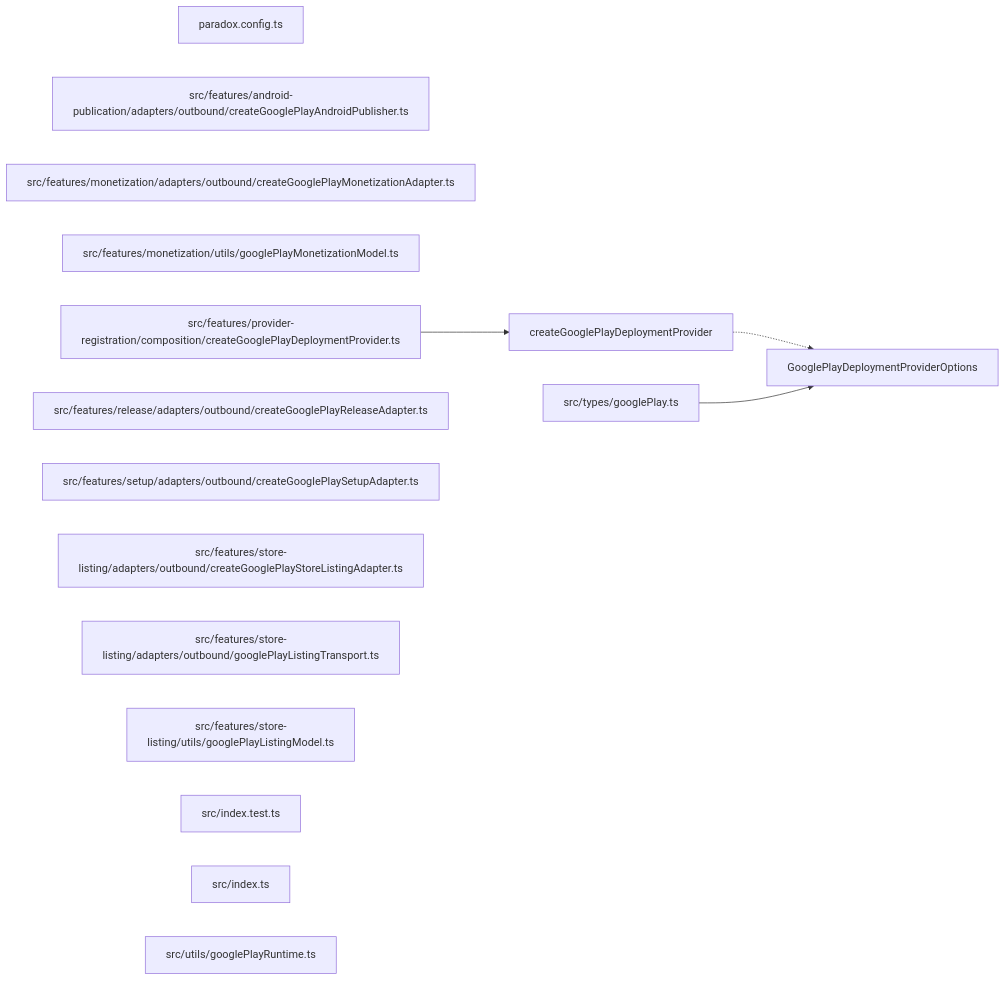
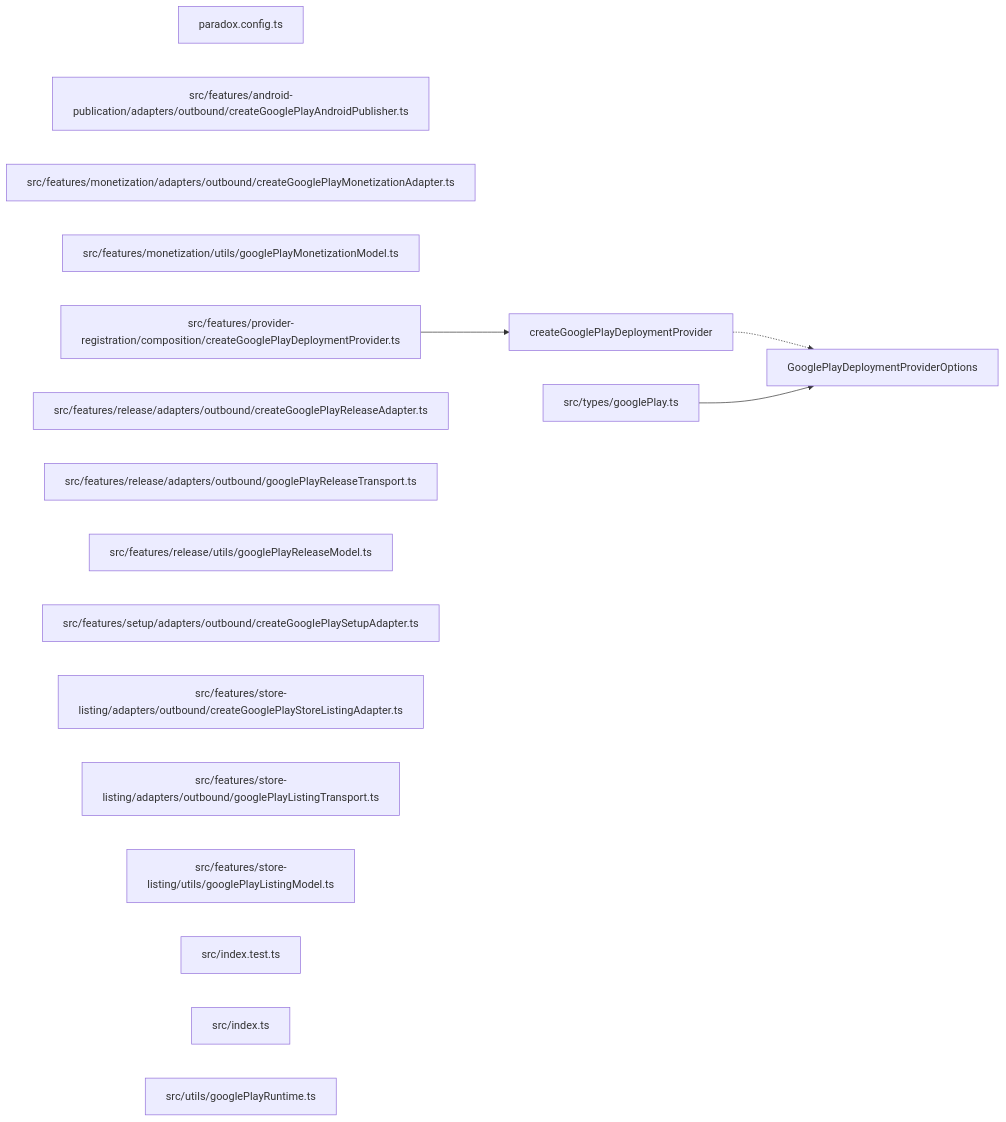
The diagram in paradox/diagrams/export-graph.mmd (ankhorage/deploy-provider-google-play), drawn with Mermaid before and after one commit. The commit also changed 6 other files, not shown here.

Commit message:
chore: prepare Google Play provider [prepared]

```diff
--- a/paradox/diagrams/export-graph.mmd
+++ b/paradox/diagrams/export-graph.mmd
@@ -1,20 +1,22 @@
 graph LR
   module_paradox_config_ts["paradox.config.ts"]
   module_src_features_android_publication_adapters_outbound_createGooglePlayAndroidPublisher_ts["src/features/android-publication/adapters/outbound/createGooglePlayAndroidPublisher.ts"]
   module_src_features_monetization_adapters_outbound_createGooglePlayMonetizationAdapter_ts["src/features/monetization/adapters/outbound/createGooglePlayMonetizationAdapter.ts"]
   module_src_features_monetization_utils_googlePlayMonetizationModel_ts["src/features/monetization/utils/googlePlayMonetizationModel.ts"]
   module_src_features_provider_registration_composition_createGooglePlayDeploymentProvider_ts["src/features/provider-registration/composition/createGooglePlayDeploymentProvider.ts"]
   module_src_features_release_adapters_outbound_createGooglePlayReleaseAdapter_ts["src/features/release/adapters/outbound/createGooglePlayReleaseAdapter.ts"]
+  module_src_features_release_adapters_outbound_googlePlayReleaseTransport_ts["src/features/release/adapters/outbound/googlePlayReleaseTransport.ts"]
+  module_src_features_release_utils_googlePlayReleaseModel_ts["src/features/release/utils/googlePlayReleaseModel.ts"]
   module_src_features_setup_adapters_outbound_createGooglePlaySetupAdapter_ts["src/features/setup/adapters/outbound/createGooglePlaySetupAdapter.ts"]
   module_src_features_store_listing_adapters_outbound_createGooglePlayStoreListingAdapter_ts["src/features/store-listing/adapters/outbound/createGooglePlayStoreListingAdapter.ts"]
   module_src_features_store_listing_adapters_outbound_googlePlayListingTransport_ts["src/features/store-listing/adapters/outbound/googlePlayListingTransport.ts"]
   module_src_features_store_listing_utils_googlePlayListingModel_ts["src/features/store-listing/utils/googlePlayListingModel.ts"]
   module_src_index_test_ts["src/index.test.ts"]
   module_src_index_ts["src/index.ts"]
   module_src_types_googlePlay_ts["src/types/googlePlay.ts"]
   module_src_utils_googlePlayRuntime_ts["src/utils/googlePlayRuntime.ts"]
   export_createGooglePlayDeploymentProvider["createGooglePlayDeploymentProvider"]
   module_src_features_provider_registration_composition_createGooglePlayDeploymentProvider_ts --> export_createGooglePlayDeploymentProvider
   export_createGooglePlayDeploymentProvider -.-> export_GooglePlayDeploymentProviderOptions
   export_GooglePlayDeploymentProviderOptions["GooglePlayDeploymentProviderOptions"]
   module_src_types_googlePlay_ts --> export_GooglePlayDeploymentProviderOptions
```
